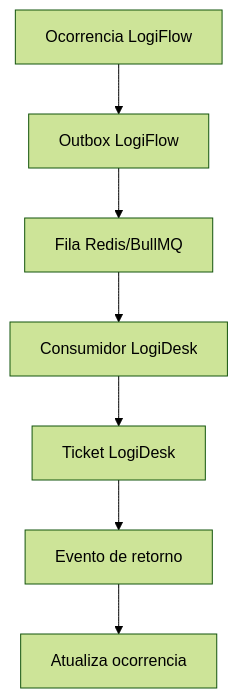
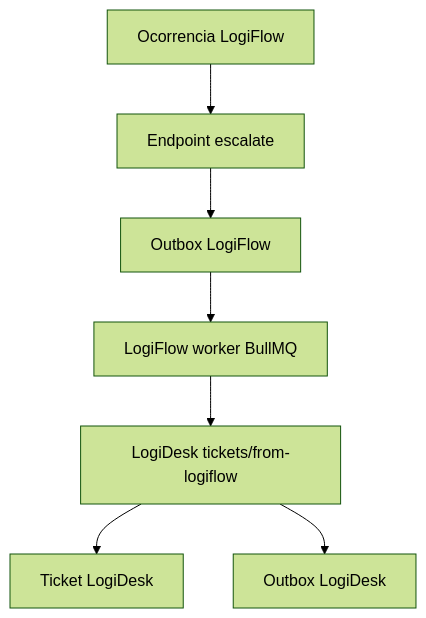
One commit to llucass1998/Nesher-Tech-Solutions changed the diagram in docs/INTEGRATION.md. Above: the diagram before and after it, drawn with Mermaid (forest theme). The commit also changed other lines of this file and 64 other files, not shown here.

````diff
--- a/docs/INTEGRATION.md
+++ b/docs/INTEGRATION.md
@@ -40,9 +19,9 @@
 ```mermaid
 flowchart TD
-  Occurrence[Ocorrencia LogiFlow] --> Outbox[Outbox LogiFlow]
-  Outbox --> Queue[Fila Redis/BullMQ]
-  Queue --> Consumer[Consumidor LogiDesk]
-  Consumer --> Ticket[Ticket LogiDesk]
-  Ticket --> Reply[Evento de retorno]
-  Reply --> LogiFlow[Atualiza ocorrencia]
+  Occurrence[Ocorrencia LogiFlow] --> Escalate[Endpoint escalate]
+  Escalate --> LFOutbox[Outbox LogiFlow]
+  LFOutbox --> LFWorker[LogiFlow worker BullMQ]
+  LFWorker --> DeskAPI[LogiDesk tickets/from-logiflow]
+  DeskAPI --> Ticket[Ticket LogiDesk]
+  DeskAPI --> DeskOutbox[Outbox LogiDesk]
 ```
````
